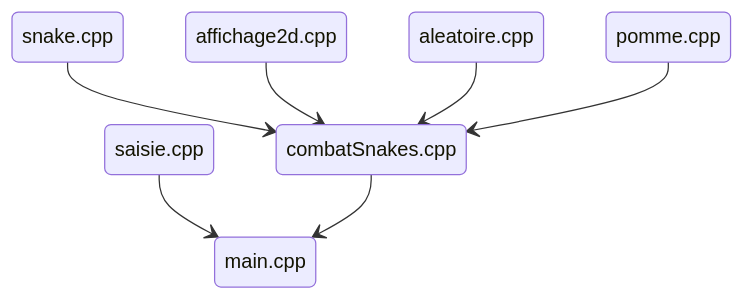
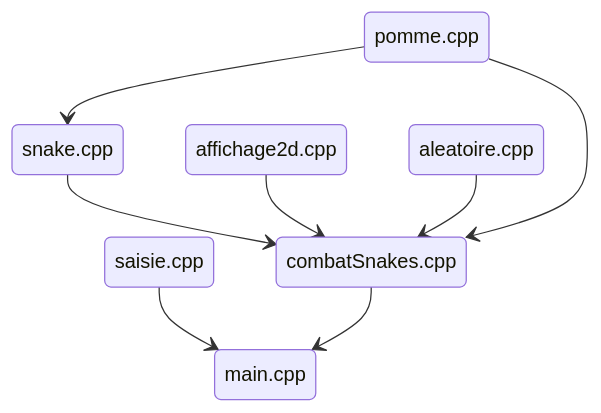
Before and after one commit to Balkghar/08_Snake: the diagram in README.md, drawn with Mermaid.

````diff
--- a/README.md
+++ b/README.md
@@ -32,9 +32,10 @@
  ```mermaid
  stateDiagram
      saisie.cpp --> main.cpp
      combatSnakes.cpp --> main.cpp
      snake.cpp --> combatSnakes.cpp
      affichage2d.cpp --> combatSnakes.cpp
      aleatoire.cpp --> combatSnakes.cpp
      pomme.cpp --> combatSnakes.cpp
+     pomme.cpp --> snake.cpp
  ```
````
